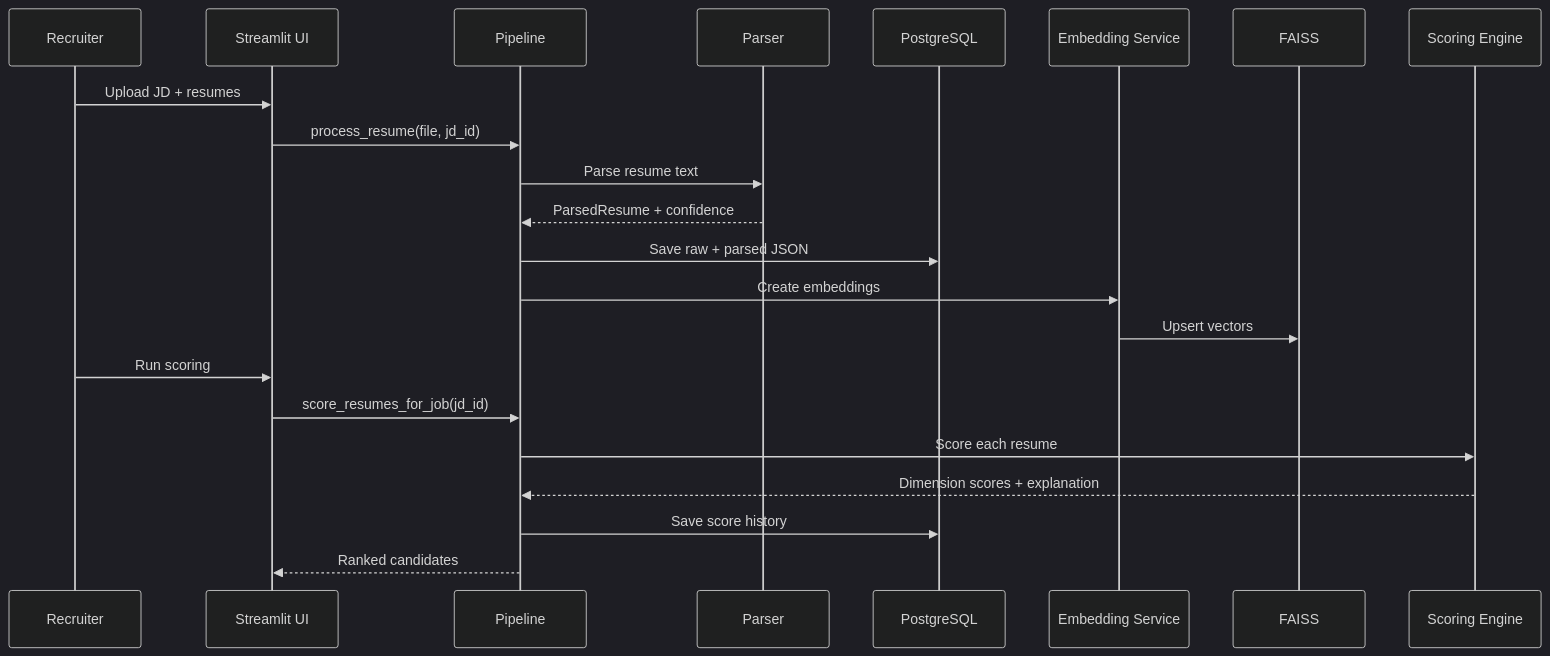
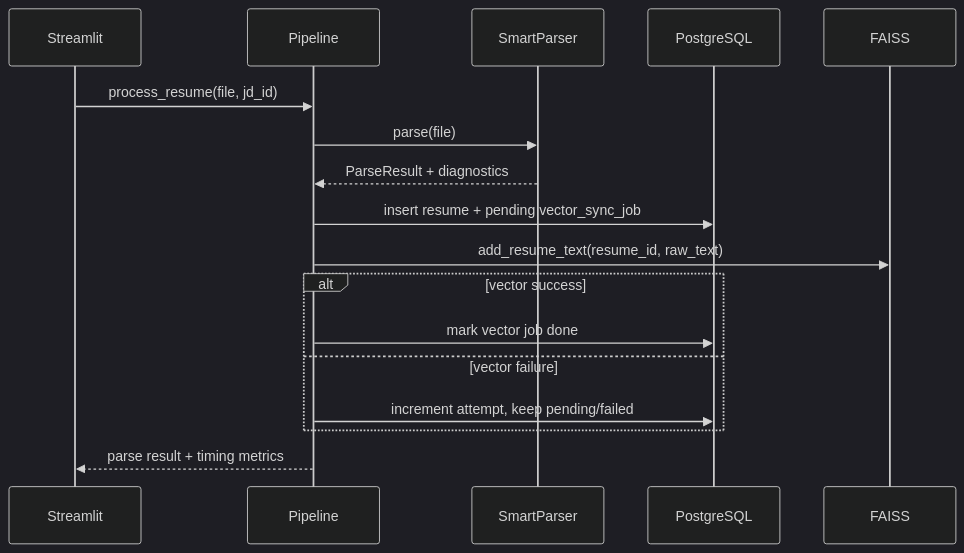
Before and after one commit to Vamsikrishna99498/jano_project: the second of 3 diagrams in SYSTEM_DESIGN.md, drawn with Mermaid (dark theme). The commit also changed other lines of this file and 1 other file, not shown here.

````diff
--- a/SYSTEM_DESIGN.md
+++ b/SYSTEM_DESIGN.md
@@ -71,25 +142,20 @@
 ```mermaid
 sequenceDiagram
-    participant U as Recruiter
-    participant UI as Streamlit UI
+    participant UI as Streamlit
     participant P as Pipeline
-    participant R as Parser
+    participant SP as SmartParser
     participant DB as PostgreSQL
-    participant EMB as Embedding Service
     participant VS as FAISS
-    participant S as Scoring Engine
 
-    U->>UI: Upload JD + resumes
     UI->>P: process_resume(file, jd_id)
-    P->>R: Parse resume text
-    R-->>P: ParsedResume + confidence
-    P->>DB: Save raw + parsed JSON
-    P->>EMB: Create embeddings
-    EMB->>VS: Upsert vectors
-    U->>UI: Run scoring
-    UI->>P: score_resumes_for_job(jd_id)
-    P->>S: Score each resume
-    S-->>P: Dimension scores + explanation
-    P->>DB: Save score history
-    P-->>UI: Ranked candidates
+    P->>SP: parse(file)
+    SP-->>P: ParseResult + diagnostics
+    P->>DB: insert resume + pending vector_sync_job
+    P->>VS: add_resume_text(resume_id, raw_text)
+    alt vector success
+        P->>DB: mark vector job done
+    else vector failure
+        P->>DB: increment attempt, keep pending/failed
+    end
+    P-->>UI: parse result + timing metrics
 ```
````
